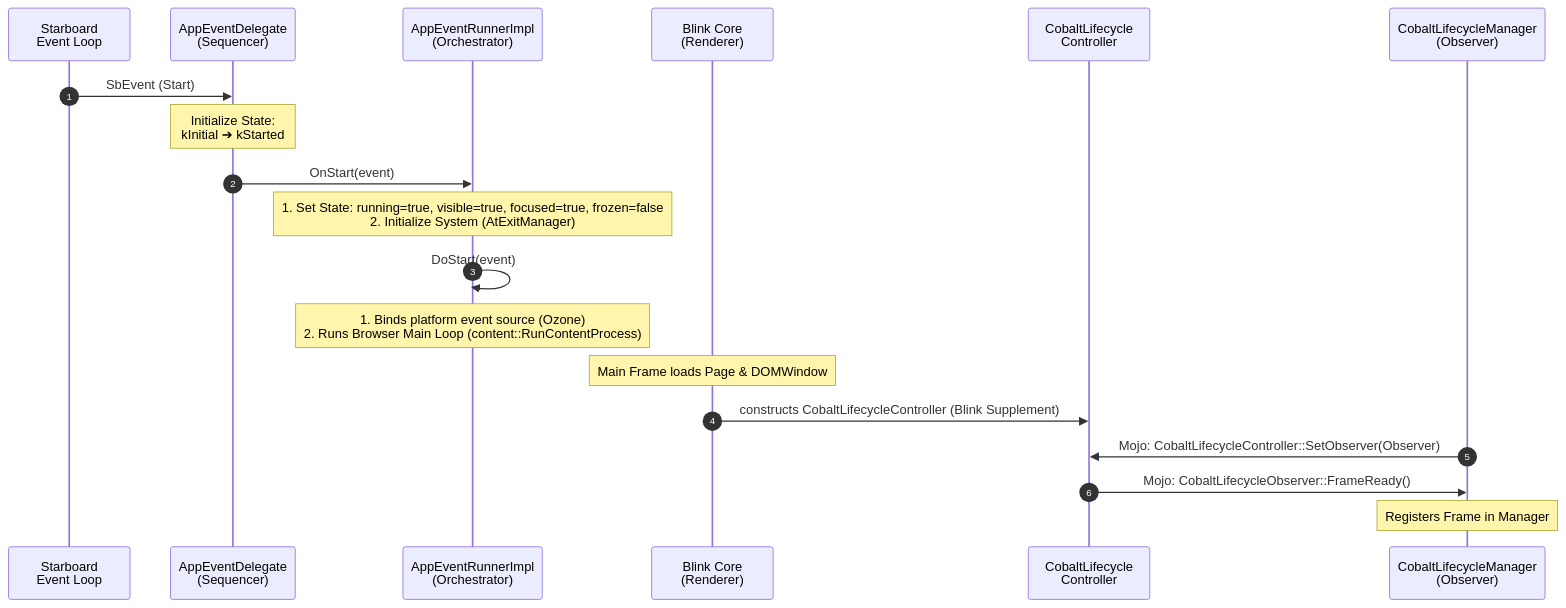
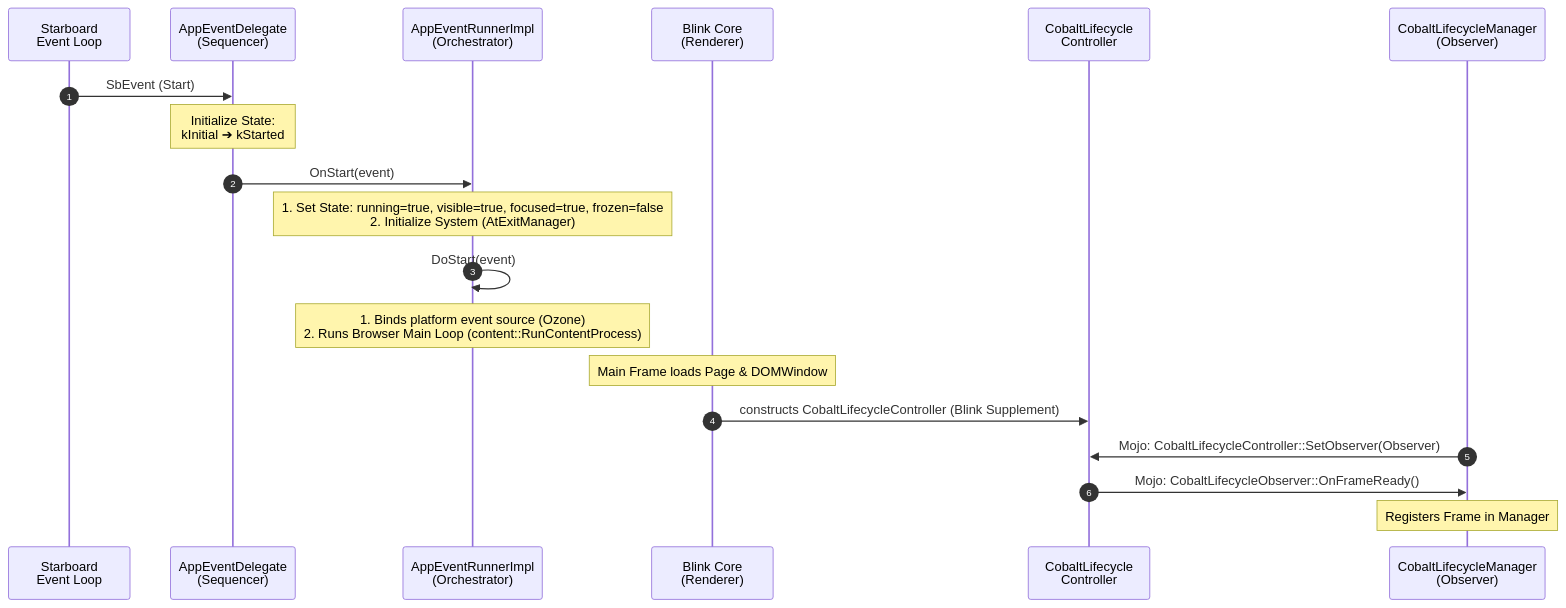
The seventh of 14 diagrams in cobalt/doc/lifecycle_internals.md (youtube/cobalt), drawn with Mermaid before and after one commit. The commit also changed other lines of this file and 18 other files, not shown here.

First line of the commit message:
Fix macro placement and log strings, and rename CobaltLifecycleObserver methods to use On prefix

````diff
--- a/cobalt/doc/lifecycle_internals.md
+++ b/cobalt/doc/lifecycle_internals.md
@@ -298,23 +298,23 @@
 ```mermaid
 sequenceDiagram
   autonumber
   participant OS as Starboard <br/> Event Loop
   participant Delegate as AppEventDelegate <br/> (Sequencer)
   participant Runner as AppEventRunnerImpl <br/> (Orchestrator)
   participant Blink as Blink Core <br/> (Renderer)
   participant Controller as CobaltLifecycle <br/> Controller
   participant Manager as CobaltLifecycleManager <br/> (Observer)
 
   OS->>Delegate: SbEvent (Start)
   Note over Delegate: Initialize State:<br/>kInitial ➔ kStarted
   Delegate->>Runner: OnStart(event)
   Note over Runner: 1. Set State: running=true, visible=true, focused=true, frozen=false<br/>2. Initialize System (AtExitManager)
   Runner->>Runner: DoStart(event)
   Note over Runner: 1. Binds platform event source (Ozone)<br/>2. Runs Browser Main Loop (content::RunContentProcess)
 
   Note over Blink: Main Frame loads Page & DOMWindow
   Blink->>Controller: constructs CobaltLifecycleController (Blink Supplement)
   Manager->>Controller: Mojo: CobaltLifecycleController::SetObserver(Observer)
-  Controller->>Manager: Mojo: CobaltLifecycleObserver::FrameReady()
+  Controller->>Manager: Mojo: CobaltLifecycleObserver::OnFrameReady()
   Note over Manager: Registers Frame in Manager
 ```
````
